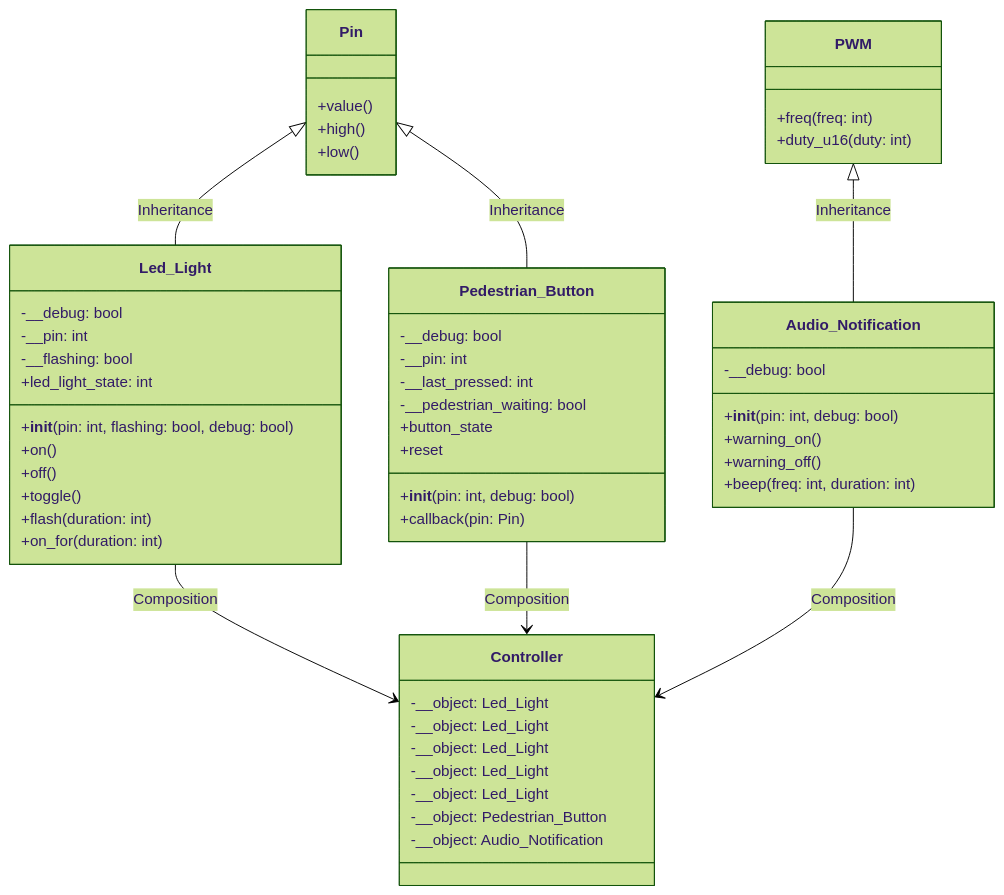
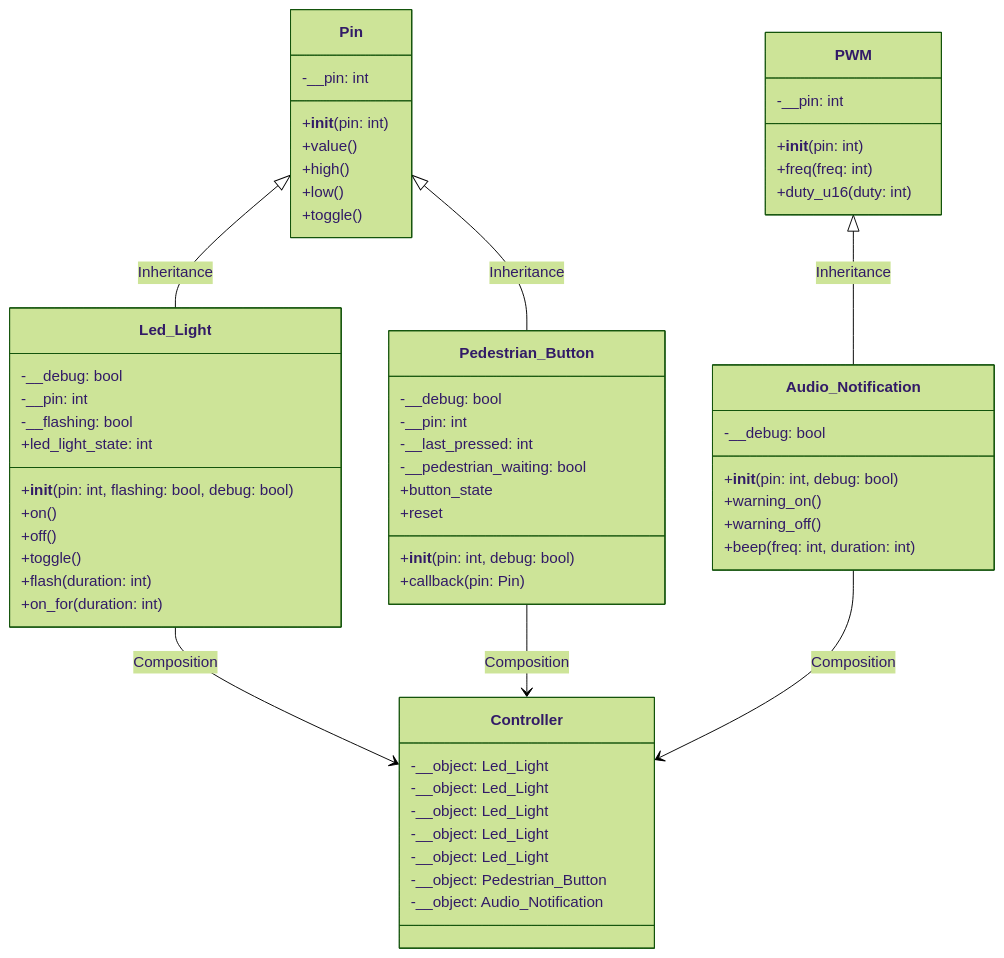
One commit to TempeHS/MicroPython_OOP_Pi_Pico_Mini_Project_Source changed the diagram in README.md. Above: the diagram before and after it, drawn with Mermaid (forest theme). The commit also changed 4 other files, not shown here.

````diff
--- a/README.md
+++ b/README.md
@@ -96,63 +96,68 @@
 ```mermaid
 classDiagram
     class Pin {
+        -__pin: int
+        +__init__(pin: int)
         +value()
         +high()
         +low()
+        +toggle()
     }
 
     class PWM {
+        -__pin: int
+        +__init__(pin: int)
         +freq(freq: int)
         +duty_u16(duty: int)
     }
 
     class Audio_Notification {
         -__debug: bool
         +__init__(pin: int, debug: bool)
         +warning_on()
         +warning_off()
         +beep(freq: int, duration: int)
     }
     PWM <|-- Audio_Notification : Inheritance
 
     class Led_Light {
         -__debug: bool
         -__pin: int
         -__flashing: bool
         +__init__(pin: int, flashing: bool, debug: bool)
         +on()
         +off()
         +toggle()
         +flash(duration: int)
         +on_for(duration: int)
         +led_light_state: int
     }
     Pin <|-- Led_Light : Inheritance
 
     class Pedestrian_Button {
         -__debug: bool
         -__pin: int
         -__last_pressed: int
         -__pedestrian_waiting: bool
         +__init__(pin: int, debug: bool)
         +callback(pin: Pin)
         +button_state
         +reset
     }
     Pin <|-- Pedestrian_Button : Inheritance
 
     class Controller {
         -__object: Led_Light
         -__object: Led_Light
         -__object: Led_Light
         -__object: Led_Light
         -__object: Led_Light
         -__object: Pedestrian_Button
         -__object: Audio_Notification
     }
 
     Led_Light --> Controller : Composition
     Audio_Notification --> Controller : Composition
     Pedestrian_Button --> Controller : Composition
 
 ```
````
